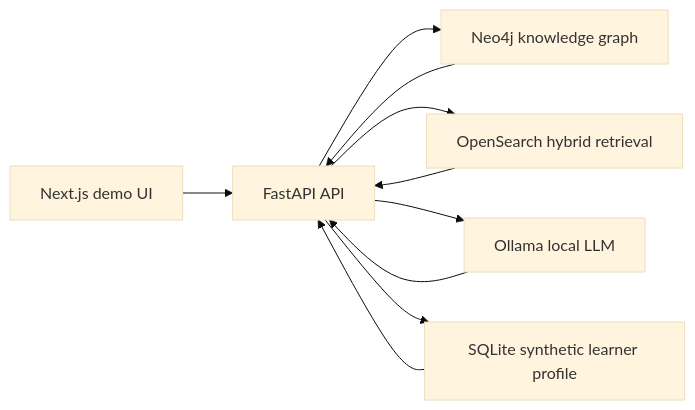
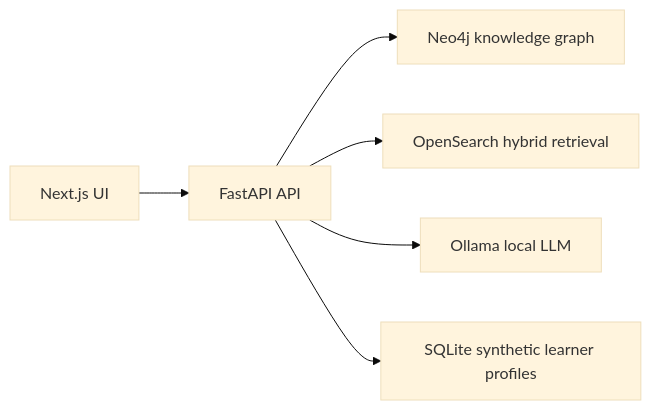
The diagram in docs/demo/CLIENT_LEAVE_BEHIND.md (MysterionRise/adaptive-knowledge-graph), drawn with Mermaid (base theme) before and after one commit. The commit also changed other lines of this file and 11 other files, not shown here.

````diff
--- a/docs/demo/CLIENT_LEAVE_BEHIND.md
+++ b/docs/demo/CLIENT_LEAVE_BEHIND.md
@@ -32,12 +35,8 @@
 ```mermaid
 flowchart LR
-    A["Next.js demo UI"] --> B["FastAPI API"]
+    A["Next.js UI"] --> B["FastAPI API"]
     B --> C["Neo4j knowledge graph"]
     B --> D["OpenSearch hybrid retrieval"]
     B --> E["Ollama local LLM"]
-    B --> F["SQLite synthetic learner profile"]
-    C --> B
-    D --> B
-    E --> B
-    F --> B
+    B --> F["SQLite synthetic learner profiles"]
 ```
````
